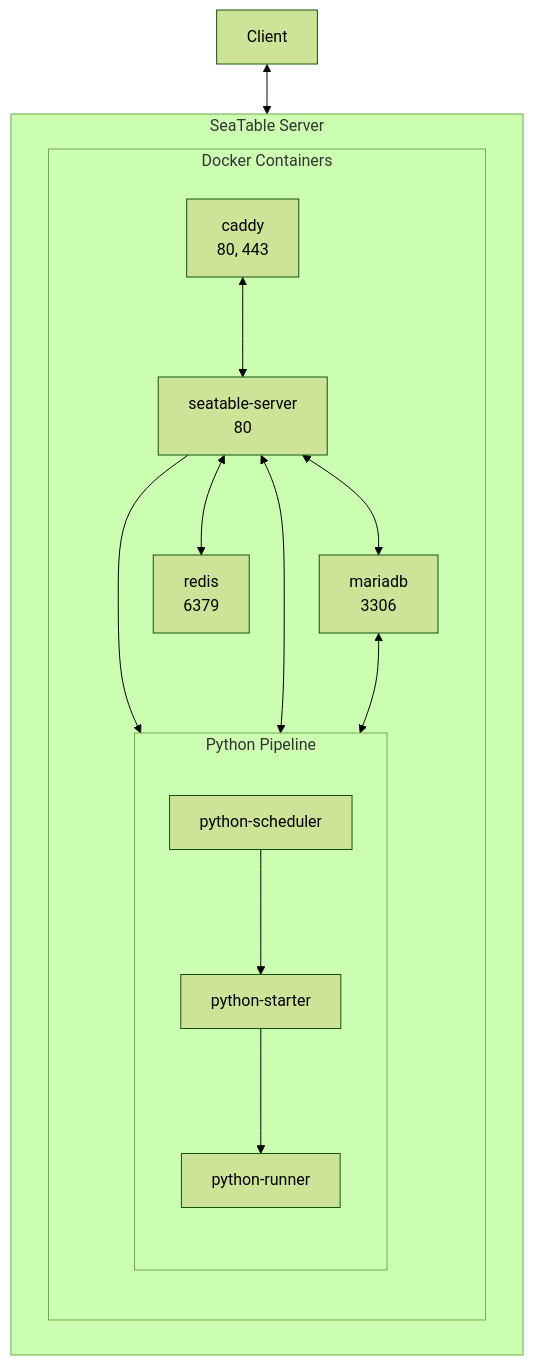
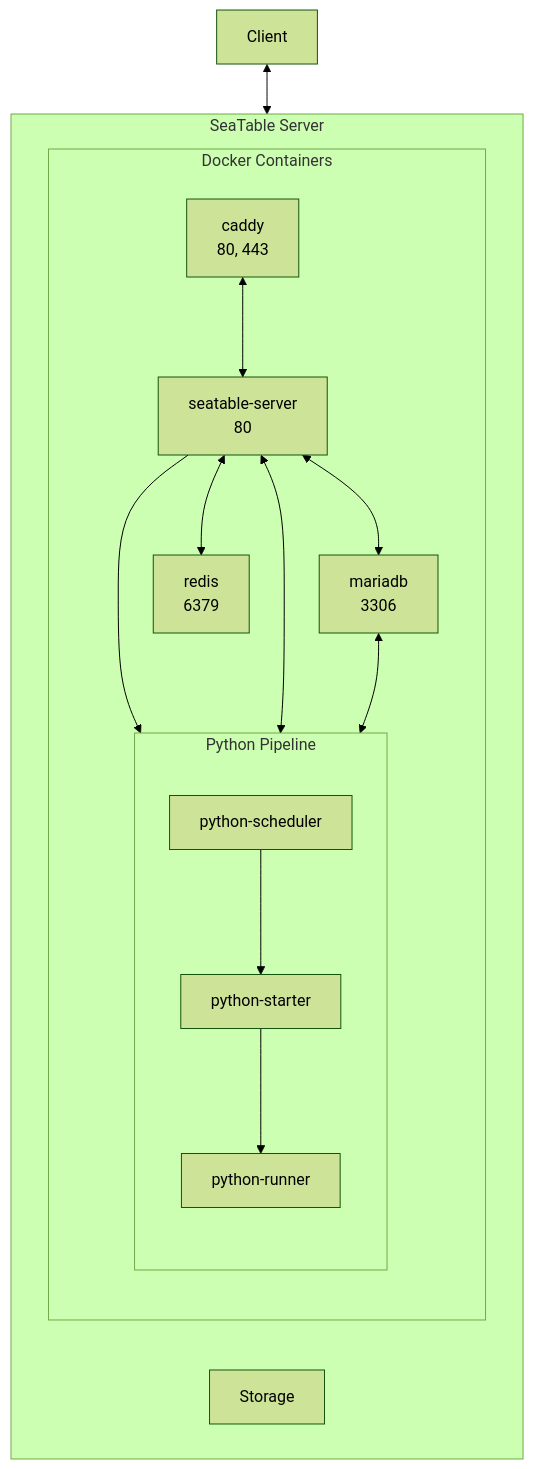
Before and after one commit to seatable/seatable-admin-docs: the second of 3 diagrams in docs/introduction/architecture.md, drawn with Mermaid (forest theme).

Commit message:
Added Storage

````diff
--- a/docs/introduction/architecture.md
+++ b/docs/introduction/architecture.md
@@ -33,28 +33,29 @@
 ```mermaid
 flowchart TB
     Client<-->C
     subgraph SeaTable Server
         direction LR
         subgraph Docker Containers
             direction TB
             C[caddy<br/>80, 443]
             SS[seatable-server<br/>80]
             MDB[mariadb<br/>3306]
             R[redis<br/>6379]
             C<-->SS
             SS<-->MDB
             SS<-->R
                subgraph p[Python Pipeline]
                   direction TB
                   PSc[python-scheduler]
                   PSt[python-starter]
                   PR[python-runner]
                   PSc-->PSt
                   PSt-->PR
                end
             SS-->PSc
             SS<-->PR
             MDB<-->PSc
         end
+        F[Storage]
     end
 ```
````
